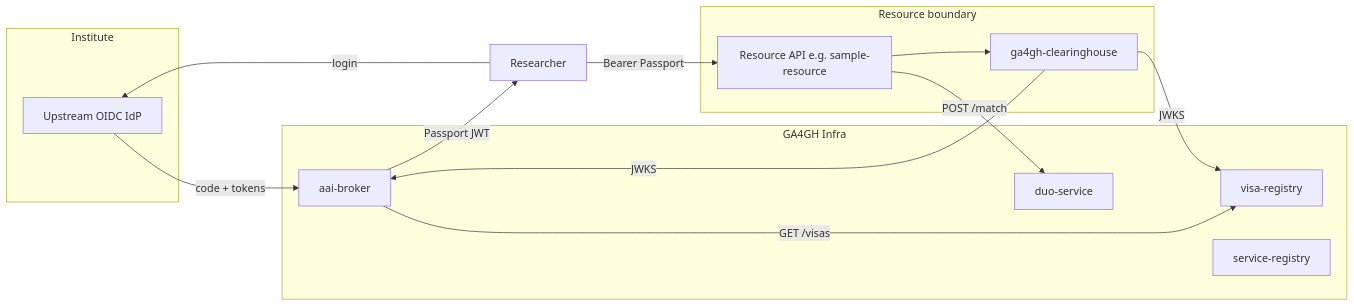
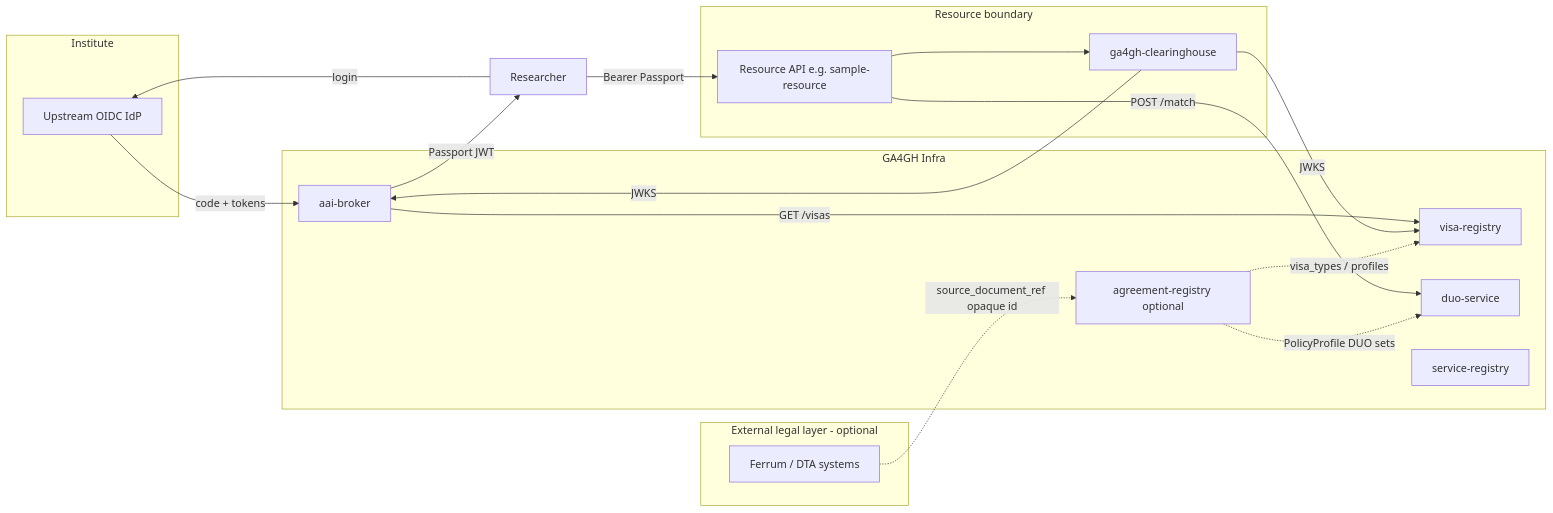
The diagram in docs/architecture.md (SynapticFour/ga4gh-infra), drawn with Mermaid before and after one commit. The commit also changed other lines of this file and 29 other files, not shown here.

First line of the commit message:
Add Phase 8 agreement-registry data model and seed templates.

````diff
--- a/docs/architecture.md
+++ b/docs/architecture.md
@@ -15,28 +15,36 @@
 ```mermaid
 flowchart LR
   subgraph upstream [Institute]
     IdP[Upstream OIDC IdP]
+  end
+
+  subgraph legal [External legal layer - optional]
+    Ferrum[Ferrum / DTA systems]
   end
 
   subgraph ga4gh [GA4GH Infra]
     Broker[aai-broker]
     Visas[visa-registry]
     DUO[duo-service]
     SvcReg[service-registry]
+    AgrReg[agreement-registry optional]
   end
 
   subgraph resource [Resource boundary]
     CH[ga4gh-clearinghouse]
     API[Resource API e.g. sample-resource]
   end
 
   Researcher -->|login| IdP
   IdP -->|code + tokens| Broker
   Broker -->|GET /visas| Visas
   Broker -->|Passport JWT| Researcher
   Researcher -->|Bearer Passport| API
   API --> CH
   CH -->|JWKS| Broker
   CH -->|JWKS| Visas
   API -->|POST /match| DUO
+  Ferrum -.->|source_document_ref opaque id| AgrReg
+  AgrReg -.->|PolicyProfile DUO sets| DUO
+  AgrReg -.->|visa_types / profiles| Visas
 ```
````
